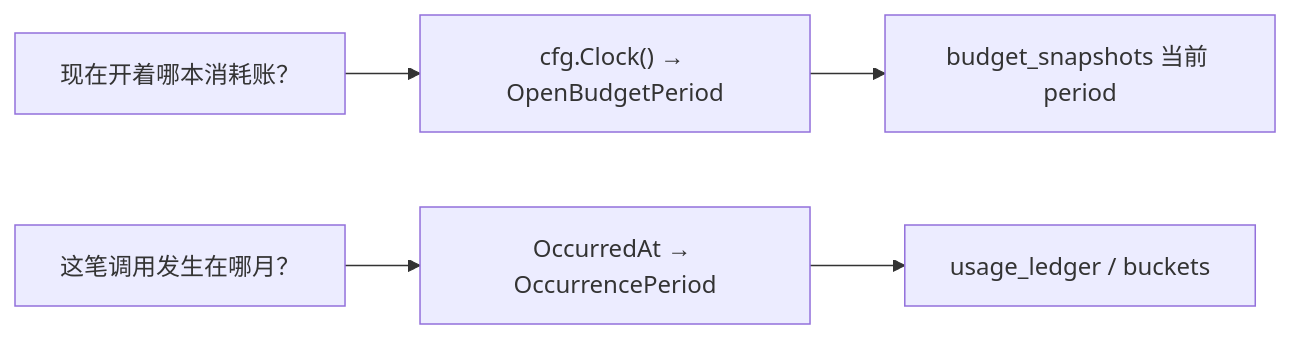
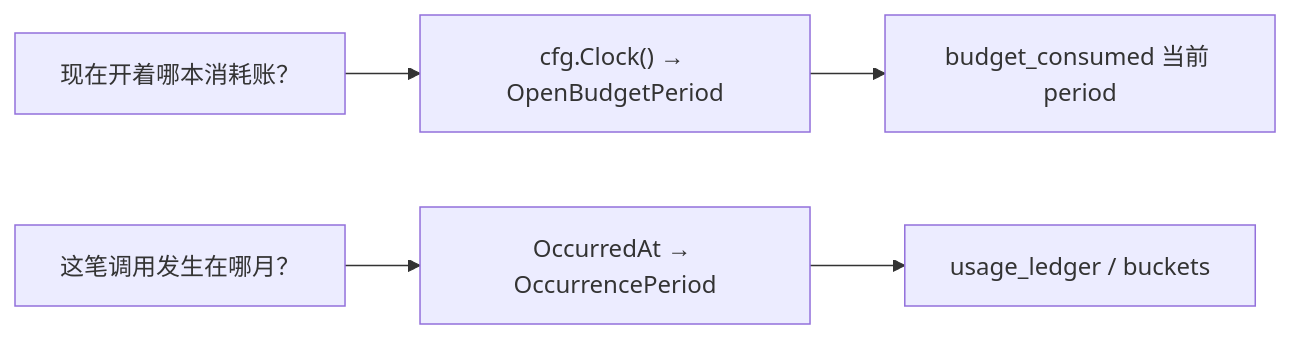
One commit to quyip8818/mytokenjoy changed the second of 9 diagrams in docs/Backend-业务时钟与账期.md. Above: the diagram before and after it, drawn with Mermaid. The commit also changed other lines of this file and 16 other files, not shown here.

````diff
--- a/docs/Backend-业务时钟与账期.md
+++ b/docs/Backend-业务时钟与账期.md
@@ -37,7 +37,7 @@
 ```mermaid
 flowchart LR
   Q1["现在开着哪本消耗账？"] --> CLK["cfg.Clock() → OpenBudgetPeriod"]
   Q2["这笔调用发生在哪月？"] --> EVT["OccurredAt → OccurrencePeriod"]
-  CLK --> OPEN["budget_snapshots 当前 period"]
+  CLK --> OPEN["budget_consumed 当前 period"]
   EVT --> LEDGER["usage_ledger / buckets"]
 ```
````
